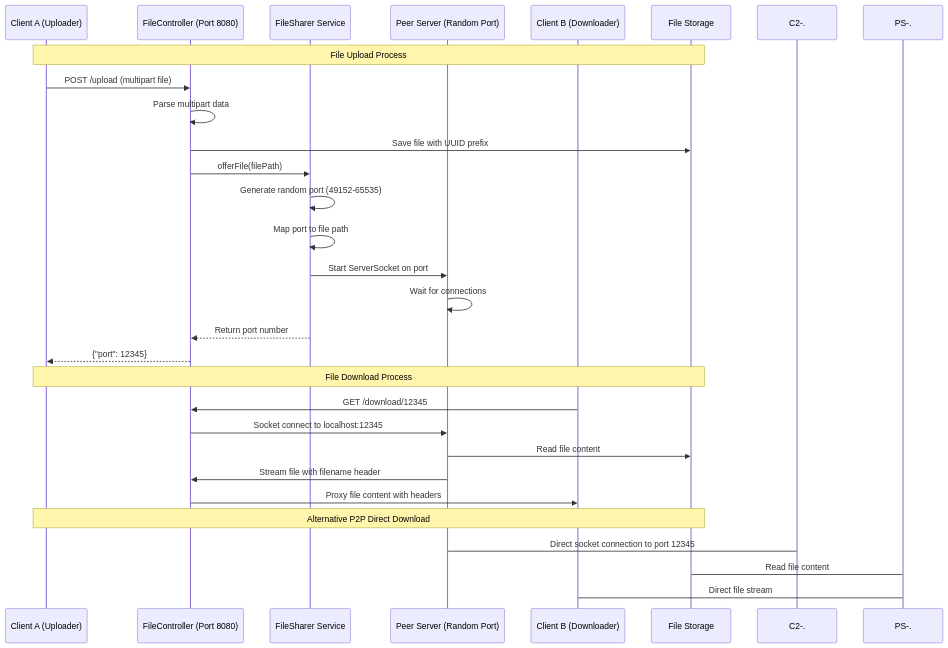
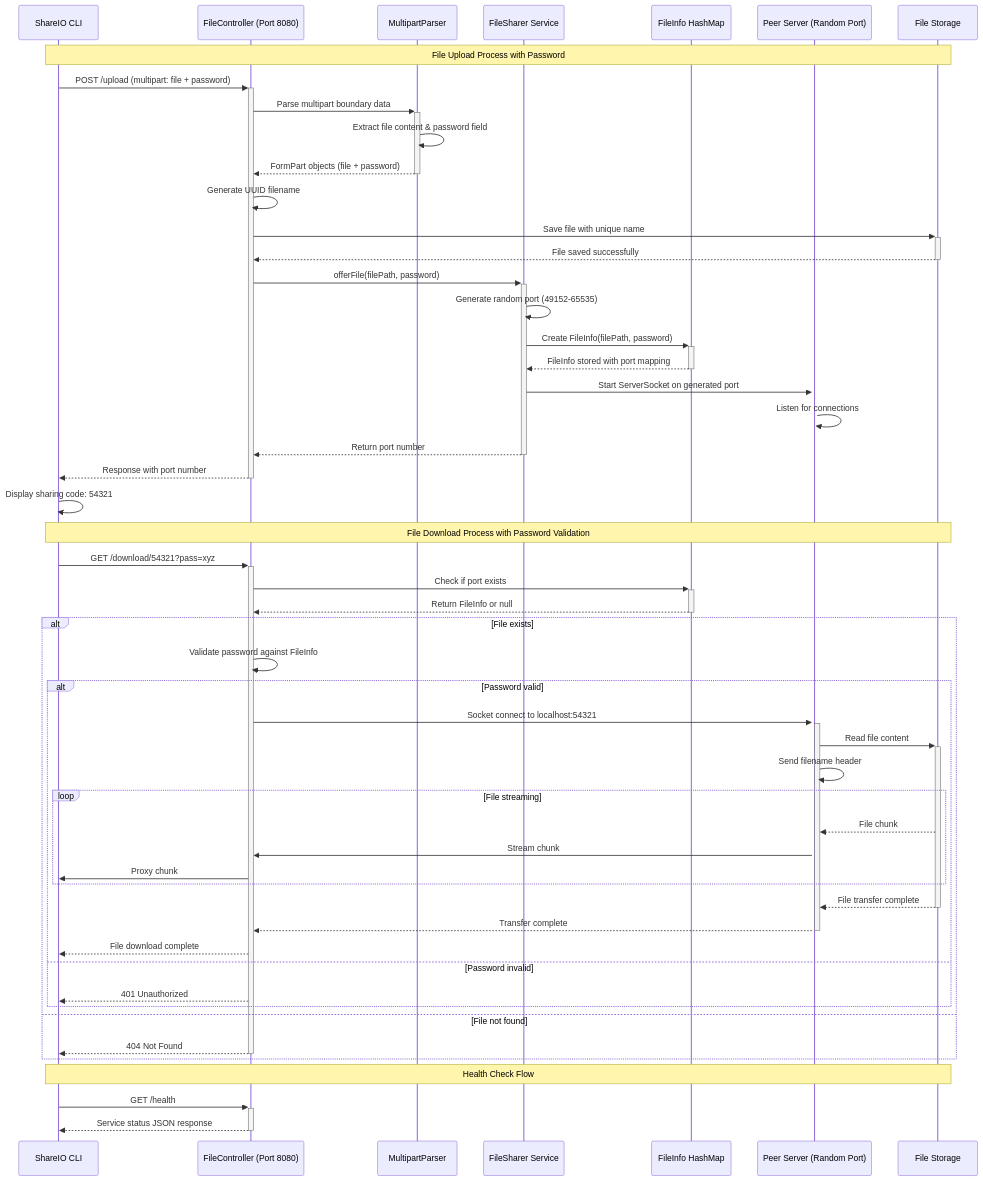
Before and after one commit to harsh3dev/shareio: the second of 5 diagrams in share-service/system-flow-diagram.md, drawn with Mermaid. The commit also changed other lines of this file and 1 other file, not shown here.

````diff
--- a/share-service/system-flow-diagram.md
+++ b/share-service/system-flow-diagram.md
@@ -82,33 +126,61 @@
 ```mermaid
 sequenceDiagram
-    participant C1 as Client A (Uploader)
+    participant CLI as ShareIO CLI
     participant API as FileController (Port 8080)
+    participant MP as MultipartParser
     participant FS as FileSharer Service
+    participant FMAP as FileInfo HashMap
     participant PS as Peer Server (Random Port)
-    participant C2 as Client B (Downloader)
     participant TEMP as File Storage
     
-    Note over C1, TEMP: File Upload Process
-    C1->>API: POST /upload (multipart file)
-    API->>API: Parse multipart data
-    API->>TEMP: Save file with UUID prefix
-    API->>FS: offerFile(filePath)
+    Note over CLI, TEMP: File Upload Process with Password
+    CLI->>+API: POST /upload (multipart: file + password)
+    API->>+MP: Parse multipart boundary data
+    MP->>MP: Extract file content & password field
+    MP-->>-API: FormPart objects (file + password)
+    
+    API->>API: Generate UUID filename
+    API->>+TEMP: Save file with unique name
+    TEMP-->>-API: File saved successfully
+    
+    API->>+FS: offerFile(filePath, password)
     FS->>FS: Generate random port (49152-65535)
-    FS->>FS: Map port to file path
-    FS->>PS: Start ServerSocket on port
-    PS->>PS: Wait for connections
-    FS-->>API: Return port number
-    API-->>C1: {"port": 12345}
+    FS->>+FMAP: Create FileInfo(filePath, password)
+    FMAP-->>-FS: FileInfo stored with port mapping
+    FS->>+PS: Start ServerSocket on generated port
+    PS->>PS: Listen for connections
+    FS-->>-API: Return port number
     
-    Note over C1, TEMP: File Download Process
-    C2->>API: GET /download/12345
-    API->>PS: Socket connect to localhost:12345
-    PS->>TEMP: Read file content
-    PS->>API: Stream file with filename header
-    API->>C2: Proxy file content with headers
+    API-->>-CLI: Response with port number
+    CLI->>CLI: Display sharing code: 54321
     
-    Note over C1, TEMP: Alternative P2P Direct Download
-    C2-.->PS: Direct socket connection to port 12345
-    PS-.->TEMP: Read file content
-    PS-.->C2: Direct file stream
+    Note over CLI, TEMP: File Download Process with Password Validation
+    CLI->>+API: GET /download/54321?pass=xyz
+    API->>+FMAP: Check if port exists
+    FMAP-->>-API: Return FileInfo or null
+    
+    alt File exists
+        API->>API: Validate password against FileInfo
+        alt Password valid
+            API->>+PS: Socket connect to localhost:54321
+            PS->>+TEMP: Read file content
+            PS->>PS: Send filename header
+            loop File streaming
+                TEMP-->>PS: File chunk
+                PS->>API: Stream chunk
+                API->>CLI: Proxy chunk
+            end
+            TEMP-->>-PS: File transfer complete
+            PS-->>-API: Transfer complete
+            API-->>CLI: File download complete
+        else Password invalid
+            API-->>CLI: 401 Unauthorized
+        end
+    else File not found
+        API-->>-CLI: 404 Not Found
+    end
+    
+    Note over CLI, TEMP: Health Check Flow
+    CLI->>+API: GET /health
+    API-->>-CLI: Service status JSON response
 ```
````
